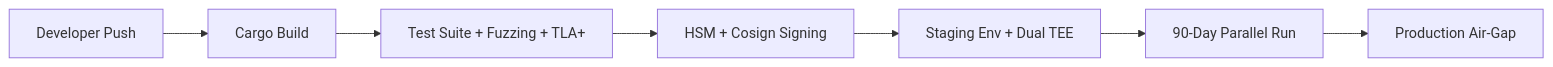
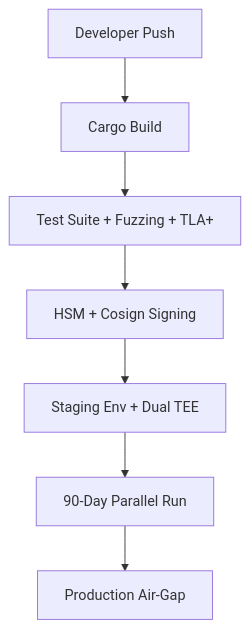
The tenth of 10 diagrams in VERITY_ARC42.md (DamainRamsajan/verity-core-banking), drawn with Mermaid before and after one commit. The commit also changed other lines of this file, not shown here.

````diff
--- a/VERITY_ARC42.md
+++ b/VERITY_ARC42.md
@@ -1124,9 +1134,9 @@
 ```mermaid
-graph LR
+graph TB
     Dev[Developer Push] --> Build[Cargo Build]
     Build --> Test[Test Suite + Fuzzing + TLA+]
     Test --> Sign[HSM + Cosign Signing]
     Sign --> Staging[Staging Env + Dual TEE]
     Staging --> ParallelRun[90-Day Parallel Run]
     ParallelRun --> Prod[Production Air-Gap]
 ```
````
